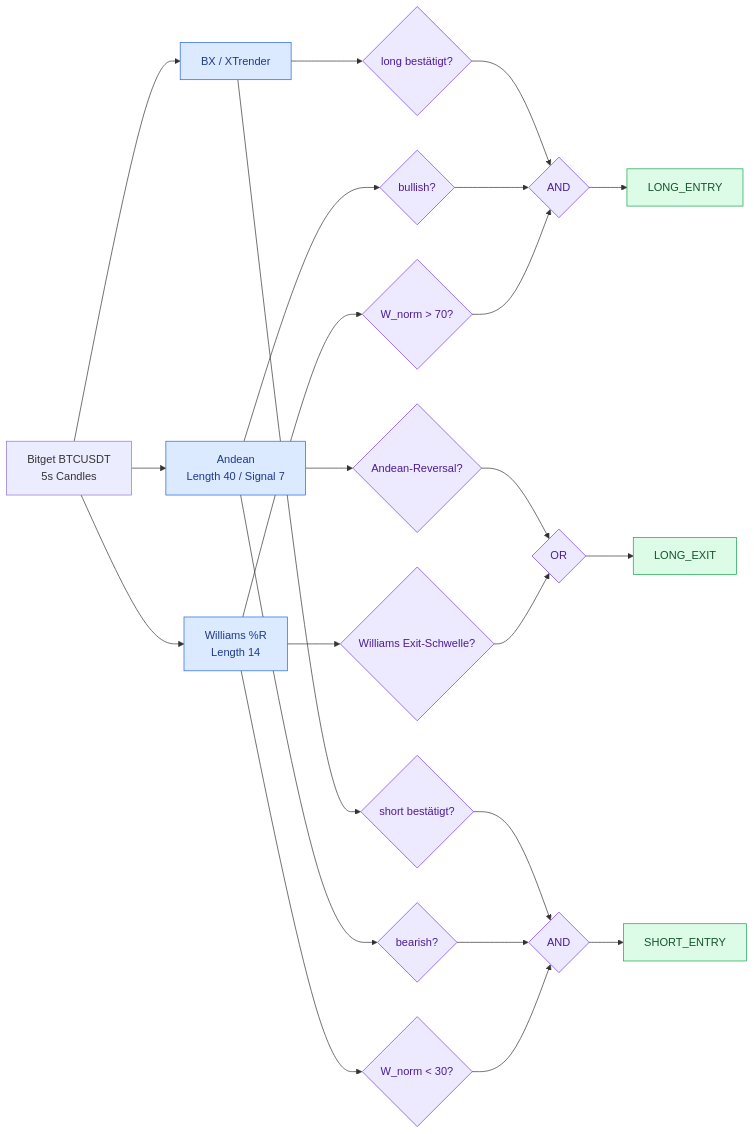
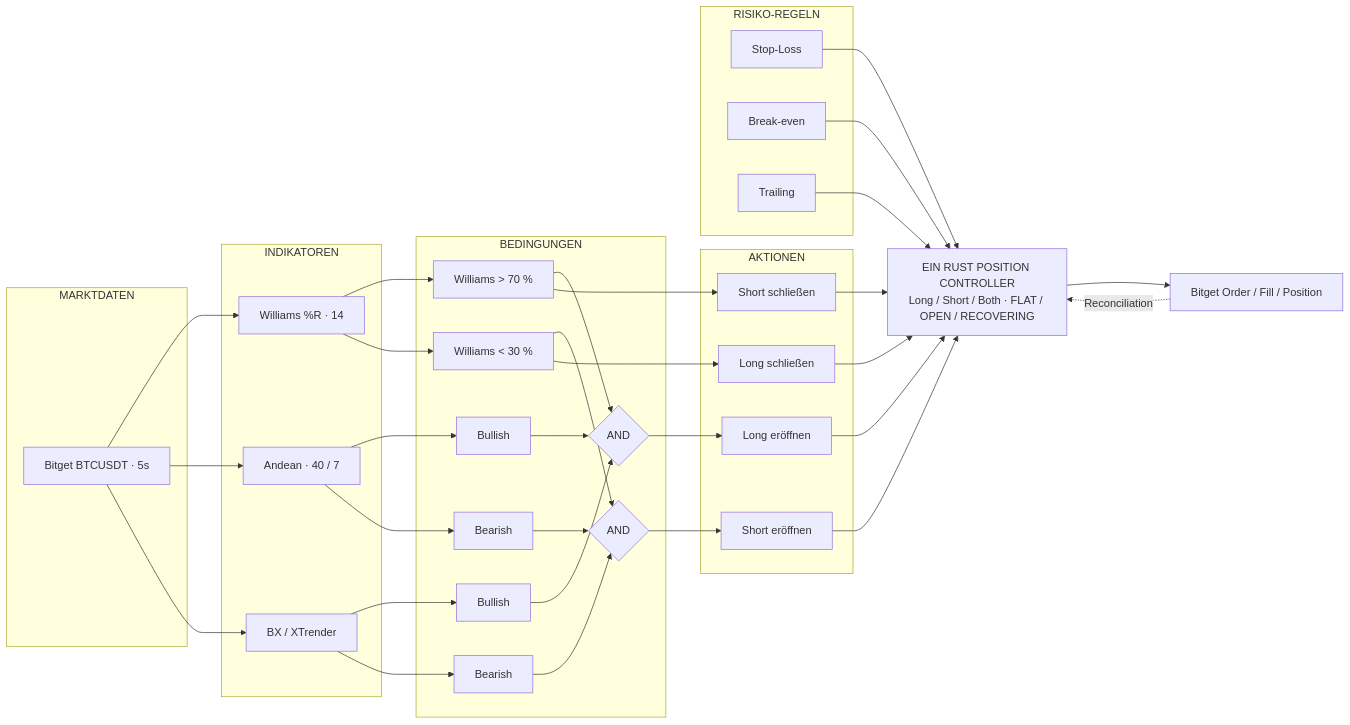
One commit to sawyerma/darkbot changed the third of 4 diagrams in darknode/README.md. Above: the diagram before and after it, drawn with Mermaid. The commit also changed other lines of this file and 3 other files, not shown here.

Commit message:
docs(darknode): add interactive Graphite builder examples, node flow and Gate 1 reference

````diff
--- a/darknode/README.md
+++ b/darknode/README.md
@@ -125,31 +132,48 @@
 ```mermaid
 flowchart LR
-    M["Bitget BTCUSDT<br/>5s Candles"] --> W["Williams %R<br/>Length 14"]
-    M --> A["Andean<br/>Length 40 / Signal 7"]
-    M --> BX["BX / XTrender"]
-    W --> WL{"W_norm > 70?"}
-    W --> WS{"W_norm < 30?"}
-    A --> AL{"bullish?"}
-    A --> AS{"bearish?"}
-    BX --> BL{"long bestätigt?"}
-    BX --> BS{"short bestätigt?"}
-    WL --> LA{"AND"}
-    AL --> LA
-    BL --> LA
-    WS --> SA{"AND"}
-    AS --> SA
-    BS --> SA
-    LA --> LE["LONG_ENTRY"]
-    SA --> SE["SHORT_ENTRY"]
-    W --> WE{"Williams Exit-Schwelle?"}
-    A --> AE{"Andean-Reversal?"}
-    WE --> OR{"OR"}
-    AE --> OR
-    OR --> EX["LONG_EXIT"]
-    classDef ind fill:#dbeafe,stroke:#2563eb,color:#1e3a8a
-    classDef cond fill:#ede9fe,stroke:#7c3aed,color:#4c1d95
-    classDef signal fill:#dcfce7,stroke:#16a34a,color:#14532d
-    class W,A,BX ind
-    class WL,WS,AL,AS,BL,BS,WE,AE,LA,SA,OR cond
-    class LE,SE,EX signal
+  subgraph DATA["MARKTDATEN"]
+    M["Bitget BTCUSDT · 5s"]
+  end
+  subgraph IND["INDIKATOREN"]
+    W["Williams %R · 14"]
+    A["Andean · 40 / 7"]
+    BX["BX / XTrender"]
+  end
+  subgraph COND["BEDINGUNGEN"]
+    C1["Williams > 70 %"]
+    C2["Williams < 30 %"]
+    AL["Bullish"]
+    AS["Bearish"]
+    BL["Bullish"]
+    BS["Bearish"]
+    ANDL{"AND"}
+    ANDS{"AND"}
+  end
+  subgraph ACT["AKTIONEN"]
+    LE["Long eröffnen"]
+    SE["Short eröffnen"]
+    LX["Long schließen"]
+    SX["Short schließen"]
+  end
+  subgraph RISK["RISIKO-REGELN"]
+    SL["Stop-Loss"]
+    BE["Break-even"]
+    TR["Trailing"]
+  end
+  CORE["EIN RUST POSITION CONTROLLER<br/>Long / Short / Both · FLAT / OPEN / RECOVERING"]
+  EXEC["Bitget Order / Fill / Position"]
+  M --> W & A & BX
+  W --> C1 & C2
+  A --> AL & AS
+  BX --> BL & BS
+  C1 & AL & BL --> ANDL
+  C2 & AS & BS --> ANDS
+  ANDL --> LE
+  ANDS --> SE
+  C2 --> LX
+  C1 --> SX
+  LE & SE & LX & SX --> CORE
+  SL & BE & TR --> CORE
+  CORE --> EXEC
+  EXEC -.->|"Reconciliation"| CORE
 ```
````
